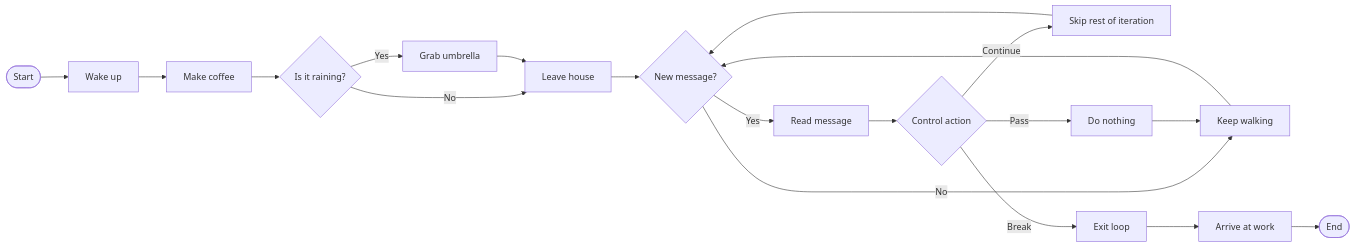
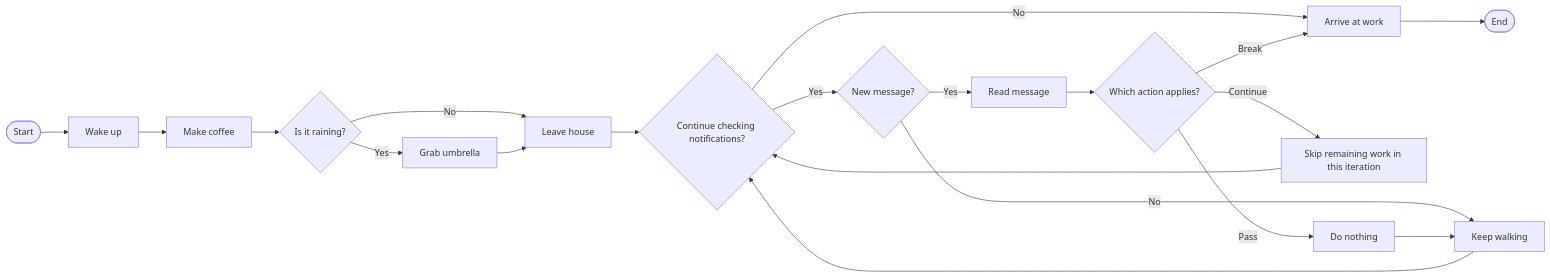
Before and after one commit to Rokiis1/Teaching-Materia: the diagram in docs/en/python/control_flow/overview.md, drawn with Mermaid. The commit also changed other lines of this file and 58 other files, not shown here.

````diff
--- a/docs/en/python/control_flow/overview.md
+++ b/docs/en/python/control_flow/overview.md
@@ -9,25 +7,22 @@
 ```mermaid
 flowchart LR
     A([Start]) --> B[Wake up]
     B --> C[Make coffee]
-
     C --> D{Is it raining?}
     D -->|Yes| E[Grab umbrella]
     D -->|No| F[Leave house]
     E --> F
-
-    F --> G{New message?}
-    G -->|No| H[Keep walking]
-    G -->|Yes| I[Read message]
-
-    I --> J{Control action}
-    J -->|Continue| K[Skip rest of iteration]
-    J -->|Pass| L[Do nothing]
-    J -->|Break| M[Exit loop]
-
-    K --> G
-    L --> H
-    H --> G
-    M --> N[Arrive at work]
+    F --> G{Continue checking notifications?}
+    G -->|No| N[Arrive at work]
+    G -->|Yes| H{New message?}
+    H -->|No| I[Keep walking]
+    H -->|Yes| J[Read message]
+    J --> K{Which action applies?}
+    K -->|Continue| L[Skip remaining work in this iteration]
+    K -->|Pass| M[Do nothing]
+    K -->|Break| N
+    L --> G
+    M --> I
+    I --> G
     N --> O([End])
 ```
````
